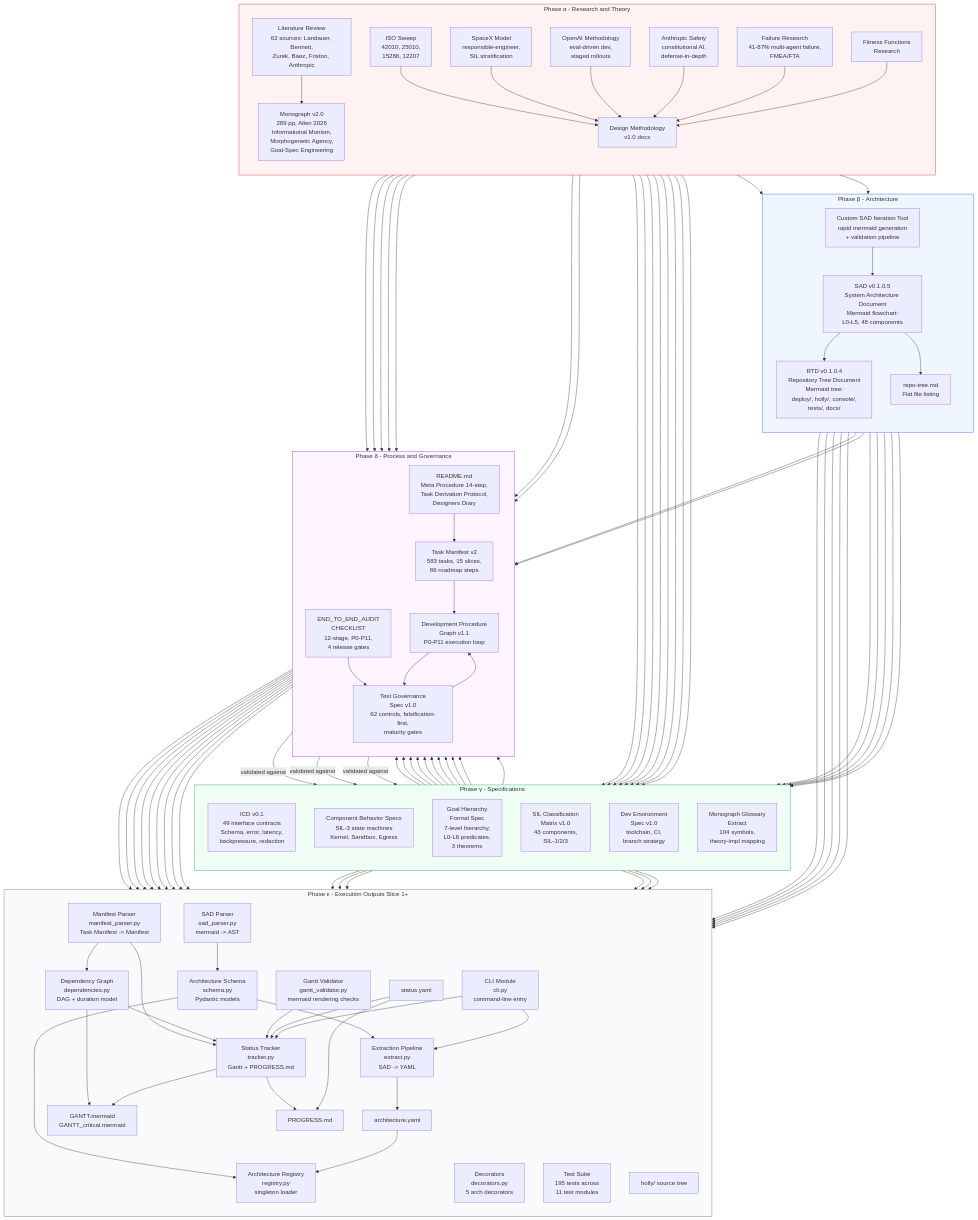
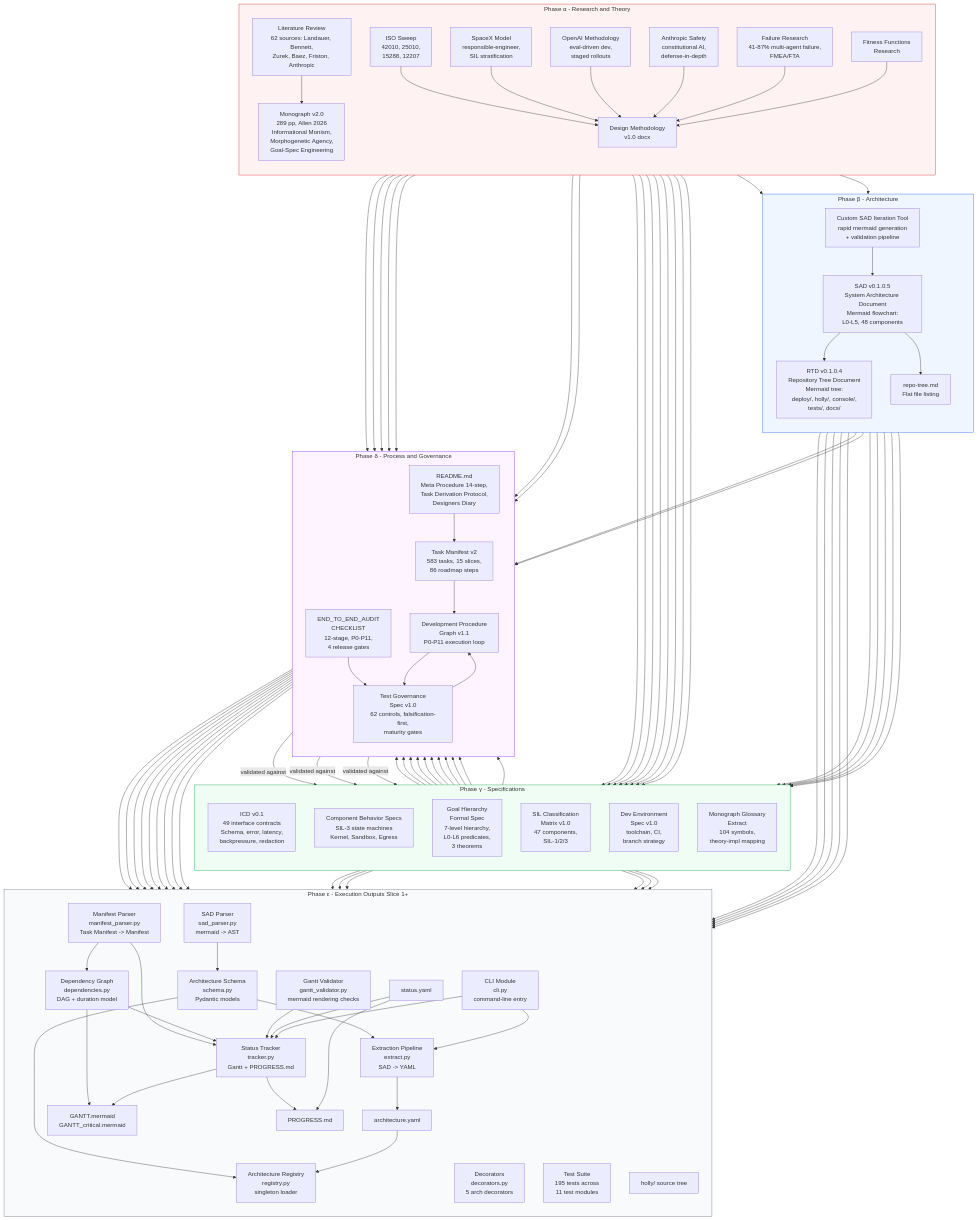
The diagram in docs/architecture/Artifact_Genealogy.md (1seansean1/holly-grace), drawn with Mermaid before and after one commit. The commit also changed 3 other files, not shown here.

```diff
--- a/docs/architecture/Artifact_Genealogy.md
+++ b/docs/architecture/Artifact_Genealogy.md
@@ -55,7 +55,7 @@
         ICD["ICD v0.1\n49 interface contracts\nSchema, error, latency,\nbackpressure, redaction"]
         CBS["Component Behavior Specs\nSIL-3 state machines\nKernel, Sandbox, Egress"]
         GHS["Goal Hierarchy\nFormal Spec\n7-level hierarchy,\nL0-L6 predicates,\n3 theorems"]
-        SIL["SIL Classification\nMatrix v1.0\n43 components,\nSIL-1/2/3"]
+        SIL["SIL Classification\nMatrix v1.0\n47 components,\nSIL-1/2/3"]
         DEV["Dev Environment\nSpec v1.0\ntoolchain, CI,\nbranch strategy"]
         MGE["Monograph Glossary\nExtract\n104 symbols,\ntheory-impl mapping"]
     end
```
